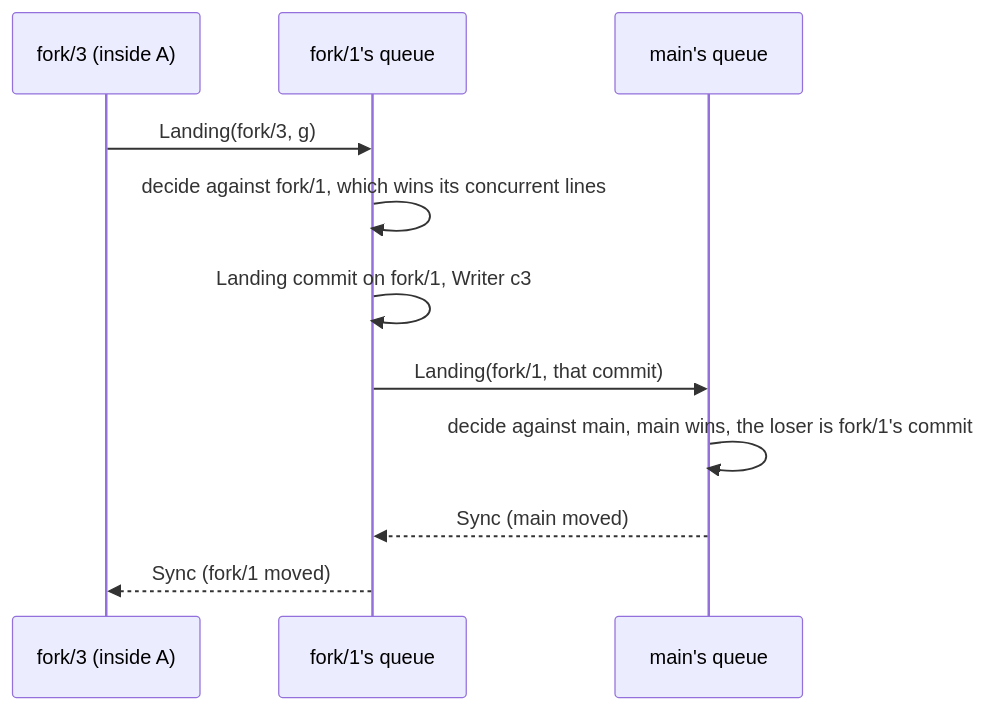
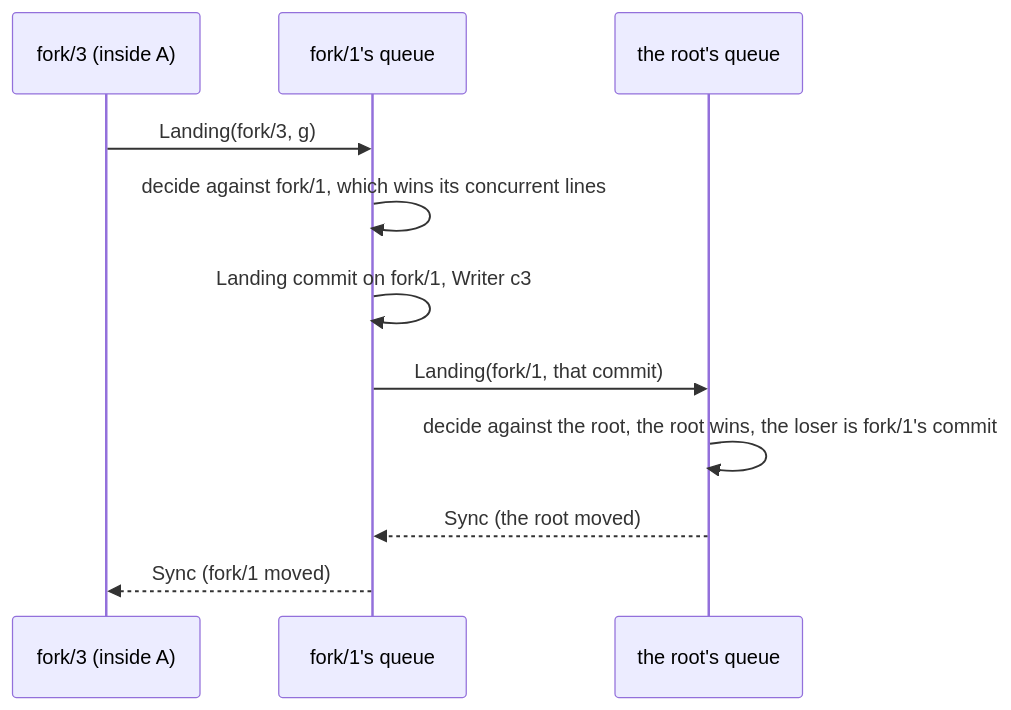
Before and after one commit to mcurcio/agentfs: the seventh of 7 diagrams in docs/target-architecture/git-model.md, drawn with Mermaid. The commit also changed other lines of this file and 20 other files, not shown here.

````diff
--- a/docs/target-architecture/git-model.md
+++ b/docs/target-architecture/git-model.md
@@ -675,13 +675,13 @@
 ```mermaid
 sequenceDiagram
   participant C as fork/3 (inside A)
   participant QA as fork/1's queue
-  participant QM as main's queue
+  participant QM as the root's queue
   C->>QA: Landing(fork/3, g)
   QA->>QA: decide against fork/1, which wins its concurrent lines
   QA->>QA: Landing commit on fork/1, Writer c3
   QA->>QM: Landing(fork/1, that commit)
-  QM->>QM: decide against main, main wins, the loser is fork/1's commit
-  QM-->>QA: Sync (main moved)
+  QM->>QM: decide against the root, the root wins, the loser is fork/1's commit
+  QM-->>QA: Sync (the root moved)
   QA-->>C: Sync (fork/1 moved)
 ```
````
